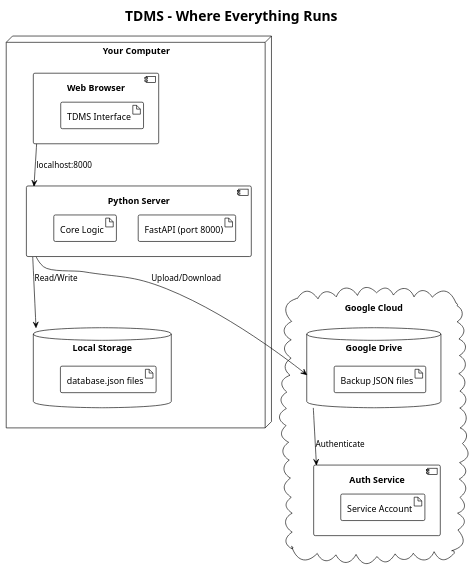
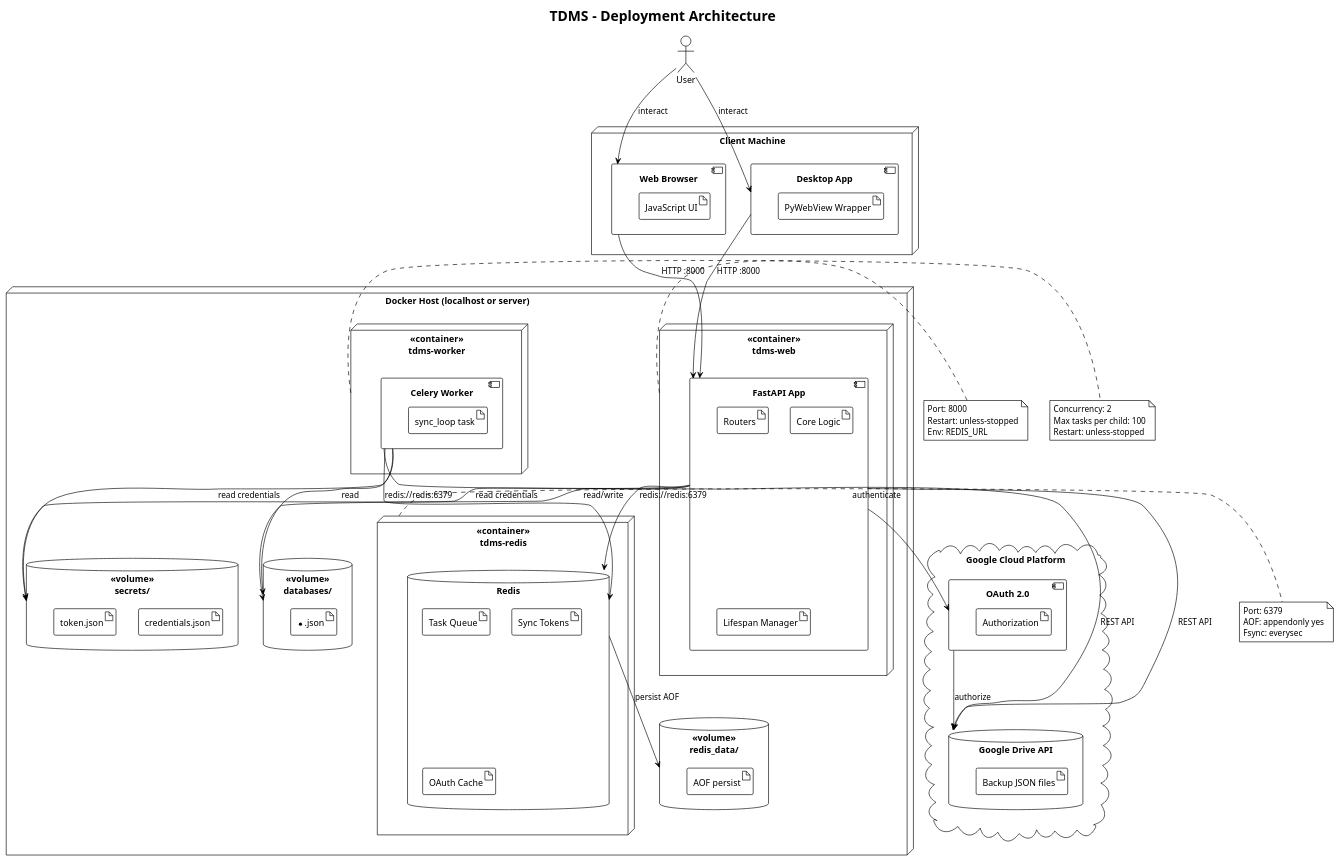
The diagram in UML/09_deployment.puml (PavelShpagin/TDMS), drawn with PlantUML before and after one commit. The commit also changed 52 other files, not shown here.

```diff
--- a/UML/09_deployment.puml
+++ b/UML/09_deployment.puml
@@ -1,37 +1,104 @@
 @startuml deployment
 !theme plain
-title TDMS - Where Everything Runs
+title TDMS - Deployment Architecture
 
-node "Your Computer" {
-  component "Web Browser" {
-    artifact "TDMS Interface"
+actor "User" as User
+
+node "Client Machine" {
+  component "Web Browser" as Browser {
+    artifact "JavaScript UI"
   }
   
-  component "Python Server" {
-    artifact "FastAPI (port 8000)"
-    artifact "Core Logic"
-  }
-  
-  database "Local Storage" {
-    artifact "database.json files"
+  component "Desktop App" as Desktop {
+    artifact "PyWebView Wrapper"
   }
 }
 
-cloud "Google Cloud" {
-  database "Google Drive" {
-    artifact "Backup JSON files"
+node "Docker Host (localhost or server)" {
+  
+  node "<<container>>\ntdms-web" as WebContainer {
+    component "FastAPI App" as FastAPI {
+      artifact "Routers"
+      artifact "Core Logic"
+      artifact "Lifespan Manager"
+    }
   }
   
-  component "Auth Service" {
-    artifact "Service Account"
+  node "<<container>>\ntdms-worker" as WorkerContainer {
+    component "Celery Worker" as Worker {
+      artifact "sync_loop task"
+    }
+  }
+  
+  node "<<container>>\ntdms-redis" as RedisContainer {
+    database "Redis" as Redis {
+      artifact "Task Queue"
+      artifact "Sync Tokens"
+      artifact "OAuth Cache"
+    }
+  }
+  
+  database "<<volume>>\ndatabases/" as DBVolume {
+    artifact "*.json"
+  }
+  
+  database "<<volume>>\nsecrets/" as SecretsVolume {
+    artifact "credentials.json"
+    artifact "token.json"
+  }
+  
+  database "<<volume>>\nredis_data/" as RedisVolume {
+    artifact "AOF persist"
   }
 }
 
-[Web Browser] --> [Python Server] : localhost:8000
-[Python Server] --> [Local Storage] : Read/Write
-[Python Server] --> [Google Drive] : Upload/Download
-[Google Drive] --> [Auth Service] : Authenticate
+cloud "Google Cloud Platform" {
+  component "OAuth 2.0" as OAuth {
+    artifact "Authorization"
+  }
+  
+  database "Google Drive API" as GDrive {
+    artifact "Backup JSON files"
+  }
+}
 
+' Client connections
+User --> Browser : interact
+User --> Desktop : interact
+Browser --> FastAPI : HTTP :8000
+Desktop --> FastAPI : HTTP :8000
 
+' Container network
+FastAPI --> Redis : redis://redis:6379
+Worker --> Redis : redis://redis:6379
+FastAPI --> DBVolume : read/write
+Worker --> DBVolume : read
+FastAPI --> SecretsVolume : read credentials
+Worker --> SecretsVolume : read credentials
+Redis --> RedisVolume : persist AOF
+
+' External connections
+FastAPI --> OAuth : authenticate
+FastAPI --> GDrive : REST API
+Worker --> GDrive : REST API
+OAuth --> GDrive : authorize
+
+note right of WebContainer
+  Port: 8000
+  Restart: unless-stopped
+  Env: REDIS_URL
+end note
+
+note right of WorkerContainer
+  Concurrency: 2
+  Max tasks per child: 100
+  Restart: unless-stopped
+end note
+
+note right of RedisContainer
+  Port: 6379
+  AOF: appendonly yes
+  Fsync: everysec
+end note
 
 @enduml
```
